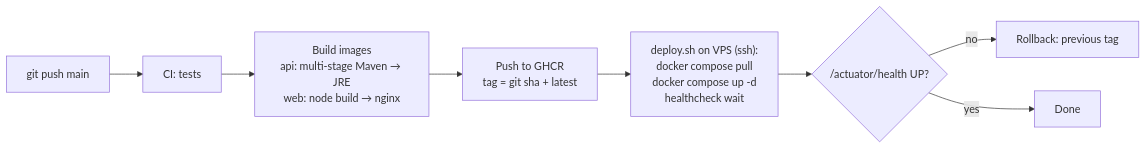
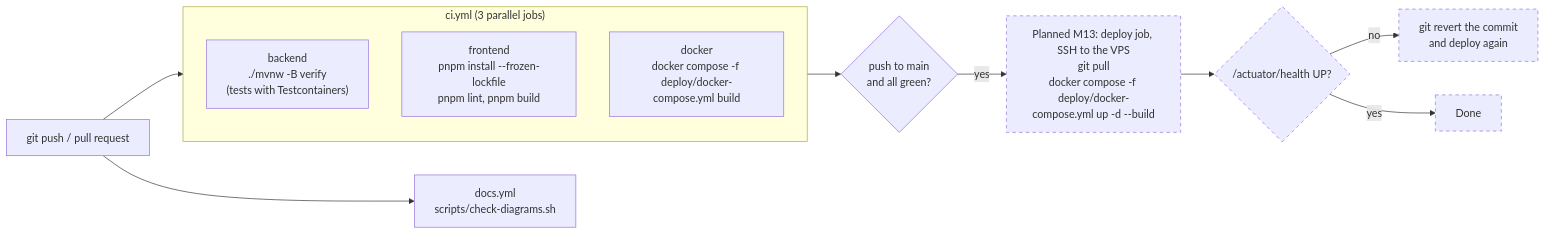
Before and after one commit to Iyed-M/olive-connect: the second of 3 diagrams in docs/10-deployment.md, drawn with Mermaid. The commit also changed other lines of this file and 52 other files, not shown here.

````diff
--- a/docs/10-deployment.md
+++ b/docs/10-deployment.md
@@ -63,10 +69,16 @@
 ```mermaid
 flowchart LR
-    A[git push main] --> B[CI: tests]
-    B --> C["Build images<br/>api: multi-stage Maven → JRE<br/>web: node build → nginx"]
-    C --> D[Push to GHCR<br/>tag = git sha + latest]
-    D --> E["deploy.sh on VPS (ssh):<br/>docker compose pull<br/>docker compose up -d<br/>healthcheck wait"]
-    E --> F{/actuator/health UP?}
-    F -- no --> G[Rollback: previous tag]
-    F -- yes --> H[Done]
+    A["git push / pull request"] --> CI
+    subgraph CI["ci.yml (3 parallel jobs)"]
+        B["backend<br/>./mvnw -B verify<br/>(tests with Testcontainers)"]
+        C["frontend<br/>pnpm install --frozen-lockfile<br/>pnpm lint, pnpm build"]
+        D["docker<br/>docker compose -f deploy/docker-compose.yml build"]
+    end
+    A --> DOC["docs.yml<br/>scripts/check-diagrams.sh"]
+    CI --> M{"push to main<br/>and all green?"}
+    M -- yes --> E["Planned M13: deploy job, SSH to the VPS<br/>git pull<br/>docker compose -f deploy/docker-compose.yml up -d --build"]:::planned
+    E --> F{"/actuator/health UP?"}:::planned
+    F -- no --> G["git revert the commit<br/>and deploy again"]:::planned
+    F -- yes --> H[Done]:::planned
+    classDef planned stroke-dasharray: 5 5
 ```
````
